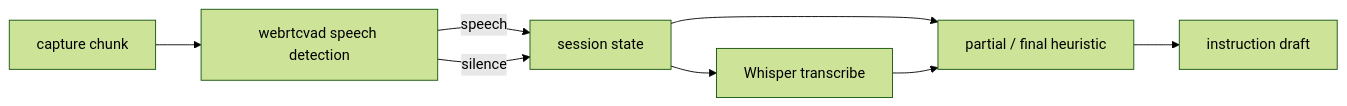
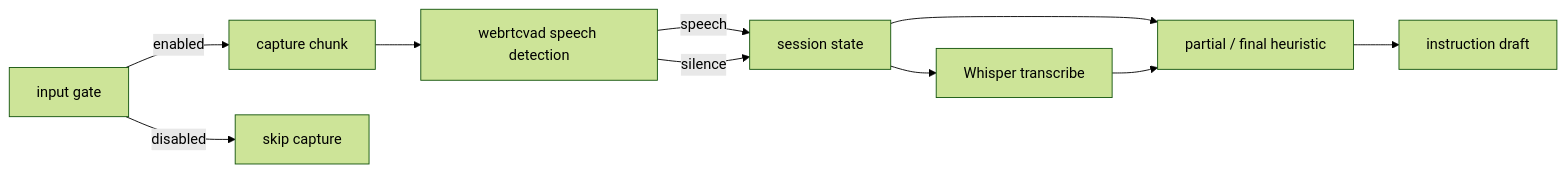
One commit to hiro-collab/ai_talk_core changed the second of 3 diagrams in README.md. Above: the diagram before and after it, drawn with Mermaid (forest theme). The commit also changed other lines of this file and 10 other files, not shown here.

Commit message:
added input gate feature

````diff
--- a/README.md
+++ b/README.md
@@ -568,17 +583,21 @@
 ```mermaid
 flowchart LR
+    GATE["input gate"]
     CAPTURE["capture chunk"]
+    SKIP["skip capture"]
     VAD["webrtcvad speech detection"]
     SESSION["session state"]
     TRANSCRIBE["Whisper transcribe"]
     RESULT["partial / final heuristic"]
     COMMAND["instruction draft"]
 
+    GATE -->|enabled| CAPTURE
+    GATE -->|disabled| SKIP
     CAPTURE --> VAD
     VAD -->|speech| SESSION
     VAD -->|silence| SESSION
     SESSION --> TRANSCRIBE
     SESSION --> RESULT
     TRANSCRIBE --> RESULT
     RESULT --> COMMAND
 ```
````
